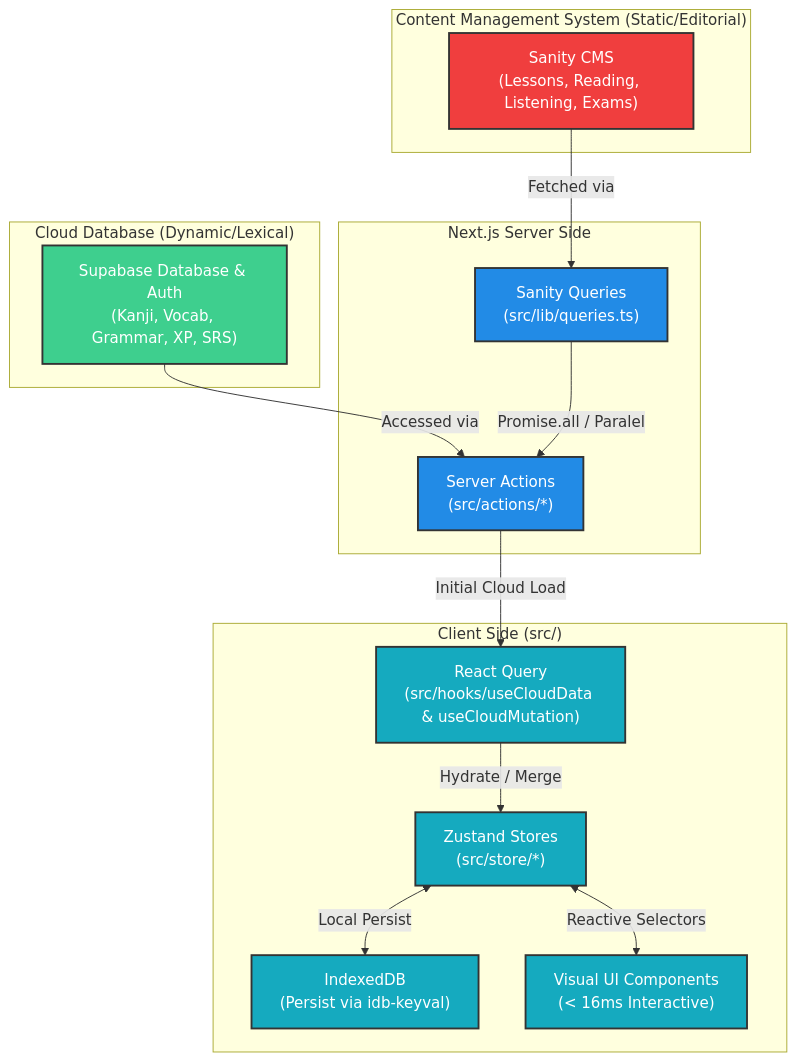
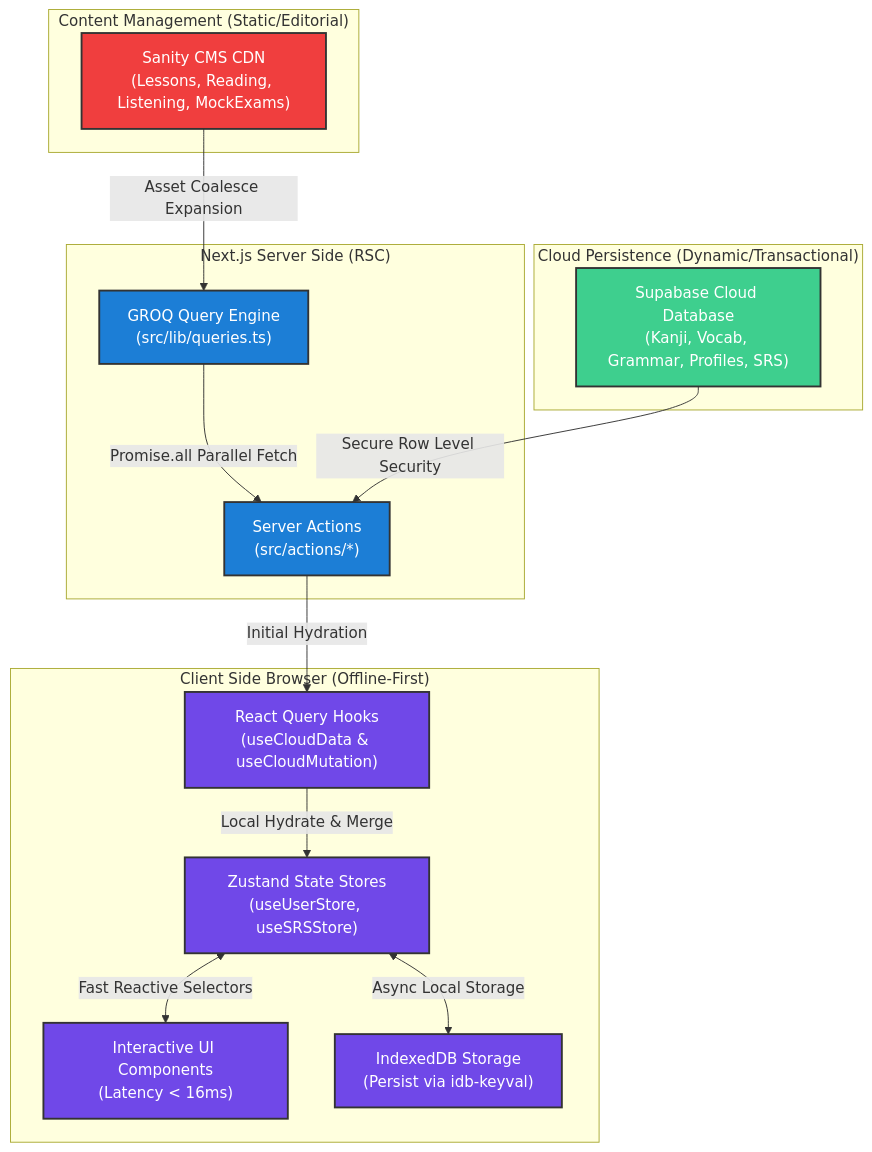
The first of 4 diagrams in architecture_visual.md (zan-118/nihongoroute), drawn with Mermaid before and after one commit. The commit also changed other lines of this file and 362 other files, not shown here.

Commit message:
feat: initialize full-stack Japanese learning platform architecture with comprehensive dashboard, library, exam, and gamification modules.

````diff
--- a/architecture_visual.md
+++ b/architecture_visual.md
@@ -11,44 +12,43 @@
 ```mermaid
 graph TD
-    %% Nodes
-    subgraph CMS ["Content Management System (Static/Editorial)"]
-        Sanity["Sanity CMS<br/>(Lessons, Reading, Listening, Exams)"]
+    %% Subgraphs
+    subgraph CMS ["Content Management (Static/Editorial)"]
+        Sanity["Sanity CMS CDN<br/>(Lessons, Reading, Listening, MockExams)"]
     end
 
-    subgraph CloudDB ["Cloud Database (Dynamic/Lexical)"]
-        Supabase["Supabase Database & Auth<br/>(Kanji, Vocab, Grammar, XP, SRS)"]
+    subgraph Server ["Next.js Server Side (RSC)"]
+        Queries["GROQ Query Engine<br/>(src/lib/queries.ts)"]
+        Actions["Server Actions<br/>(src/actions/*)"]
     end
 
-    subgraph Server ["Next.js Server Side"]
-        Actions["Server Actions<br/>(src/actions/*)"]
-        Queries["Sanity Queries<br/>(src/lib/queries.ts)"]
+    subgraph CloudDB ["Cloud Persistence (Dynamic/Transactional)"]
+        Supabase["Supabase Cloud Database<br/>(Kanji, Vocab, Grammar, Profiles, SRS)"]
     end
 
-    subgraph Client ["Client Side (src/)"]
-        Zustand["Zustand Stores<br/>(src/store/*)"]
-        RQ["React Query<br/>(src/hooks/useCloudData & useCloudMutation)"]
-        IDB["IndexedDB<br/>(Persist via idb-keyval)"]
-        UI["Visual UI Components<br/>(< 16ms Interactive)"]
+    subgraph Client ["Client Side Browser (Offline-First)"]
+        UI["Interactive UI Components<br/>(Latency &lt; 16ms)"]
+        Zustand["Zustand State Stores<br/>(useUserStore, useSRSStore)"]
+        RQ["React Query Hooks<br/>(useCloudData & useCloudMutation)"]
+        IDB["IndexedDB Storage<br/>(Persist via idb-keyval)"]
     end
 
-    %% Flows
-    Sanity -->|Fetched via| Queries
-    Supabase -->|Accessed via| Actions
-    
-    Queries -->|Promise.all / Paralel| Actions
-    Actions -->|Initial Cloud Load| RQ
-    RQ -->|Hydrate / Merge| Zustand
-    Zustand <-->|Local Persist| IDB
-    Zustand <-->|Reactive Selectors| UI
-    
-    %% Styling
+    %% Relations
+    Sanity -->|Asset Coalesce Expansion| Queries
+    Queries -->|Promise.all Parallel Fetch| Actions
+    Supabase -->|Secure Row Level Security| Actions
+    Actions -->|Initial Hydration| RQ
+    RQ -->|Local Hydrate & Merge| Zustand
+    Zustand <-->|Fast Reactive Selectors| UI
+    Zustand <-->|Async Local Storage| IDB
+
+    %% Visual Themes
     classDef sanity fill:#f03e3e,stroke:#333,stroke-width:2px,color:#fff;
     classDef supabase fill:#3ecf8e,stroke:#333,stroke-width:2px,color:#fff;
-    classDef server fill:#228be6,stroke:#333,stroke-width:2px,color:#fff;
-    classDef client fill:#15aabf,stroke:#333,stroke-width:2px,color:#fff;
+    classDef server fill:#1c7ed6,stroke:#333,stroke-width:2px,color:#fff;
+    classDef client fill:#7048e8,stroke:#333,stroke-width:2px,color:#fff;
     
     class Sanity sanity;
     class Supabase supabase;
-    class Actions,Queries server;
-    class Zustand,RQ,IDB,UI client;
+    class Queries,Actions server;
+    class UI,Zustand,RQ,IDB client;
 ```
````
